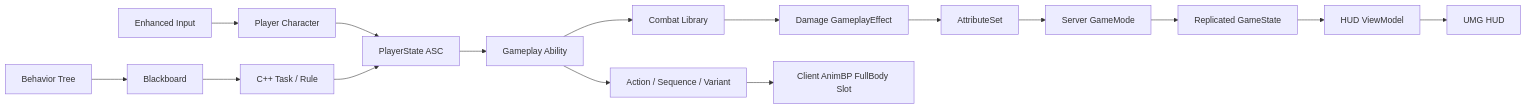
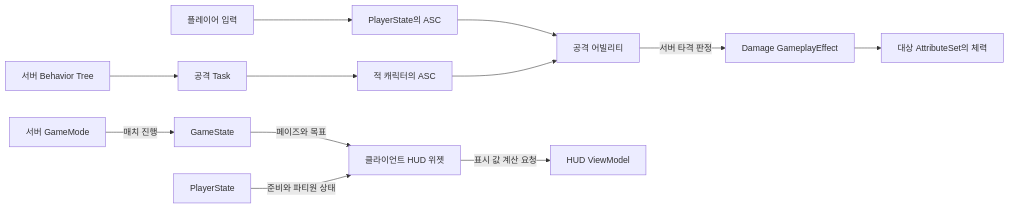
Before and after one commit to Growcompany/DediServerRPG: the diagram in README.md, drawn with Mermaid. The commit also changed other lines of this file and 1 other file, not shown here.

Commit message:
시연 영상과 서버·AI·HUD 설계 설명 정리

````diff
--- a/README.md
+++ b/README.md
@@ -31,21 +33,15 @@
 ```mermaid
 flowchart LR
-    Input[Enhanced Input] --> Character[Player Character]
-    Character --> ASC[PlayerState ASC]
-    ASC --> Ability[Gameplay Ability]
-    Ability --> Combat[Combat Library]
-    Combat --> GE[Damage GameplayEffect]
-    GE --> Attribute[AttributeSet]
+    Input[플레이어 입력] --> PlayerASC[PlayerState의 ASC]
+    AI[서버 Behavior Tree] --> Task[공격 Task]
+    Task --> EnemyASC[적 캐릭터의 ASC]
+    PlayerASC --> Ability[공격 어빌리티]
+    EnemyASC --> Ability
+    Ability -->|서버 타격 판정| Damage[Damage GameplayEffect]
+    Damage --> HP[대상 AttributeSet의 체력]
 
-    BT[Behavior Tree] --> BB[Blackboard]
-    BB --> AITask[C++ Task / Rule]
-    AITask --> ASC
-
-    Attribute --> GameMode[Server GameMode]
-    GameMode --> GameState[Replicated GameState]
-    GameState --> ViewModel[HUD ViewModel]
-    ViewModel --> HUD[UMG HUD]
-
-    Ability --> Action[Action / Sequence / Variant]
-    Action --> AnimBP[Client AnimBP FullBody Slot]
+    GM[서버 GameMode] -->|매치 진행| GS[GameState]
+    GS -->|페이즈와 목표| HUD[클라이언트 HUD 위젯]
+    PS[PlayerState] -->|준비와 파티원 상태| HUD
+    HUD -->|표시 값 계산 요청| VM[HUD ViewModel]
 ```
````
